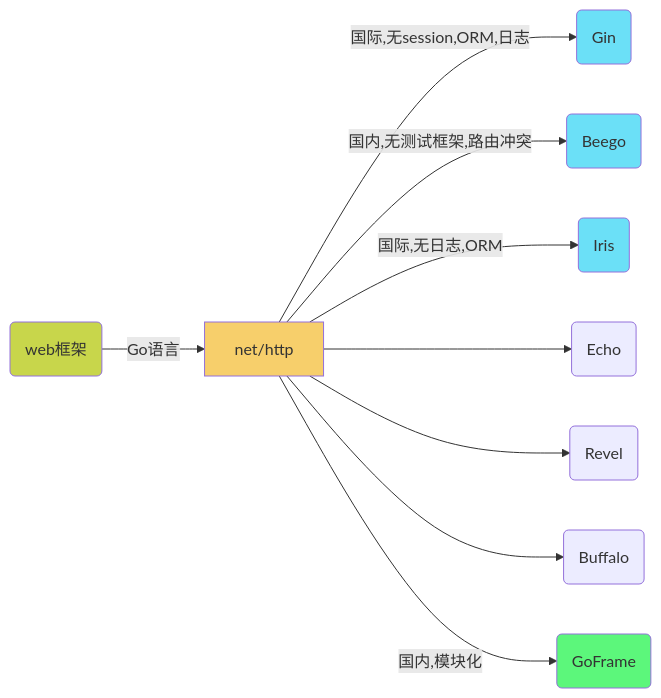
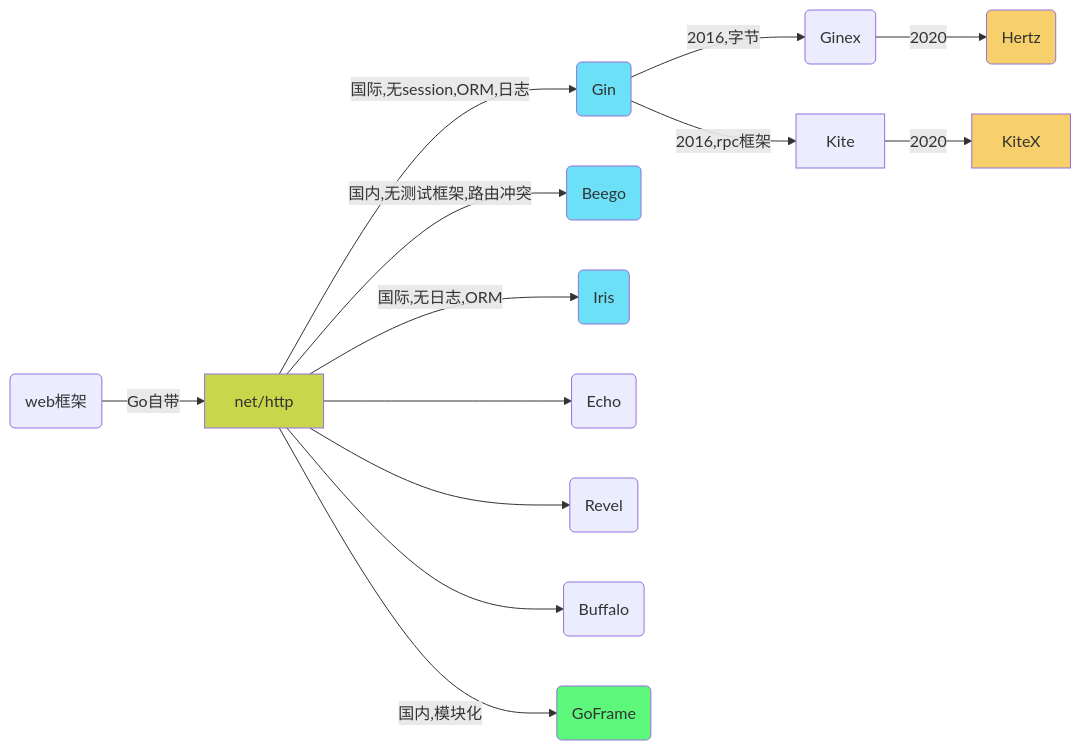
The second of 2 diagrams in _posts/2017-05-04-go-program.md (Gaohaoyang/gaohaoyang.github.io), drawn with Mermaid before and after one commit. The commit also changed other lines of this file, not shown here.

```diff
--- a/_posts/2017-05-04-go-program.md
+++ b/_posts/2017-05-04-go-program.md
@@ -4330,18 +4326,19 @@
 <div class="mermaid">
-    graph LR
-    O(web框架):::s
-    classDef s fill:#C8D64B;
-    style A fill:#F7CF6B;
-    style B fill:#6BE0F7;
-    style C fill:#6BE0F7;
-    style D fill:#6BE0F7;
-    style H fill:#5CF77B;
-    A[net/http] -->|国际,无session,ORM,日志| B(Gin)
-    O -->|Go语言| A
-    A -->|国内,无测试框架,路由冲突| C(Beego)
-    A -->|国际,无日志,ORM| D(Iris)
+    flowchart LR
+    classDef red fill:#f02;
+    classDef green fill:#5CF77B;
+    classDef blue fill:#6BE0F7;
+    classDef orange fill:#F7CF6B;
+    classDef grass fill:#C8D64B;
+
+    O(web框架) -->|Go自带| A[net/http]:::grass
+    A -->|国际,无session,ORM,日志| B(Gin):::blue
+    A -->|国内,无测试框架,路由冲突| C(Beego):::blue
+    A -->|国际,无日志,ORM| D(Iris):::blue
     A --> E(Echo)
     A --> F(Revel)
     A --> G(Buffalo)
-    A -->|国内,模块化| H(GoFrame)
+    A -->|国内,模块化| GF(GoFrame):::green
+    B -->|2016,字节| G1(Ginex) -->|2020| H(Hertz):::orange
+    B -->|2016,rpc框架| Kite -->|2020| KiteX:::orange
 </div>
```
